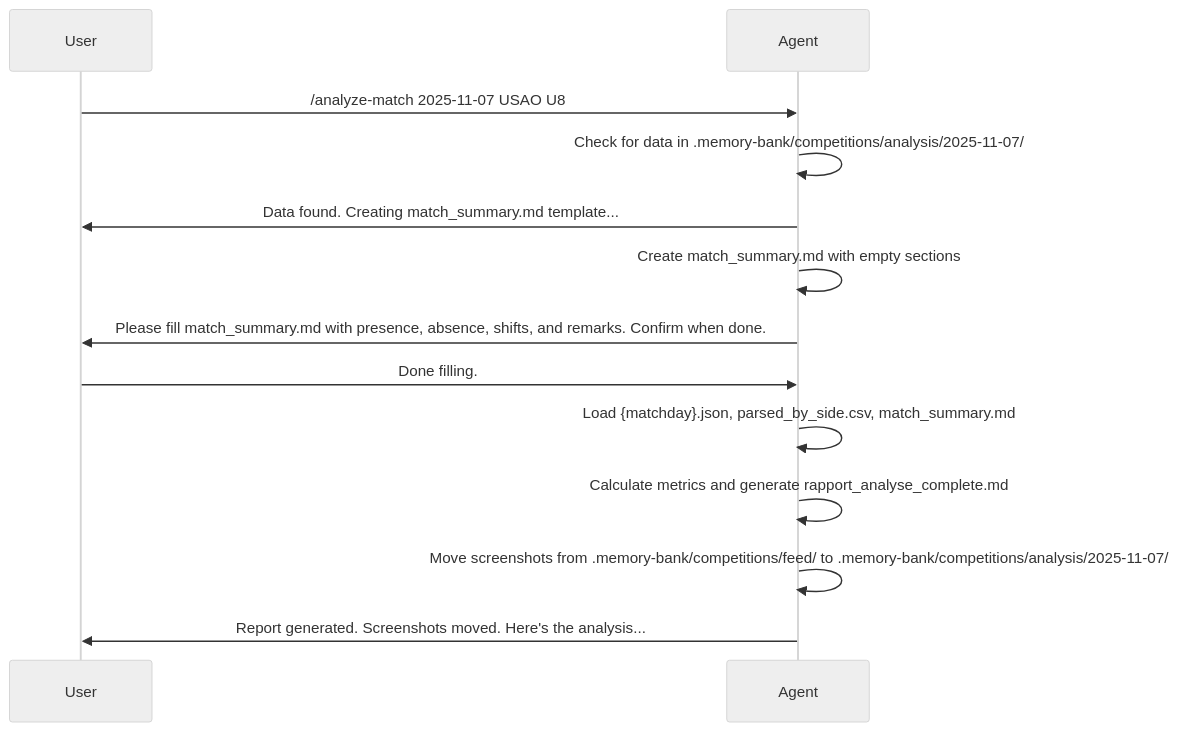
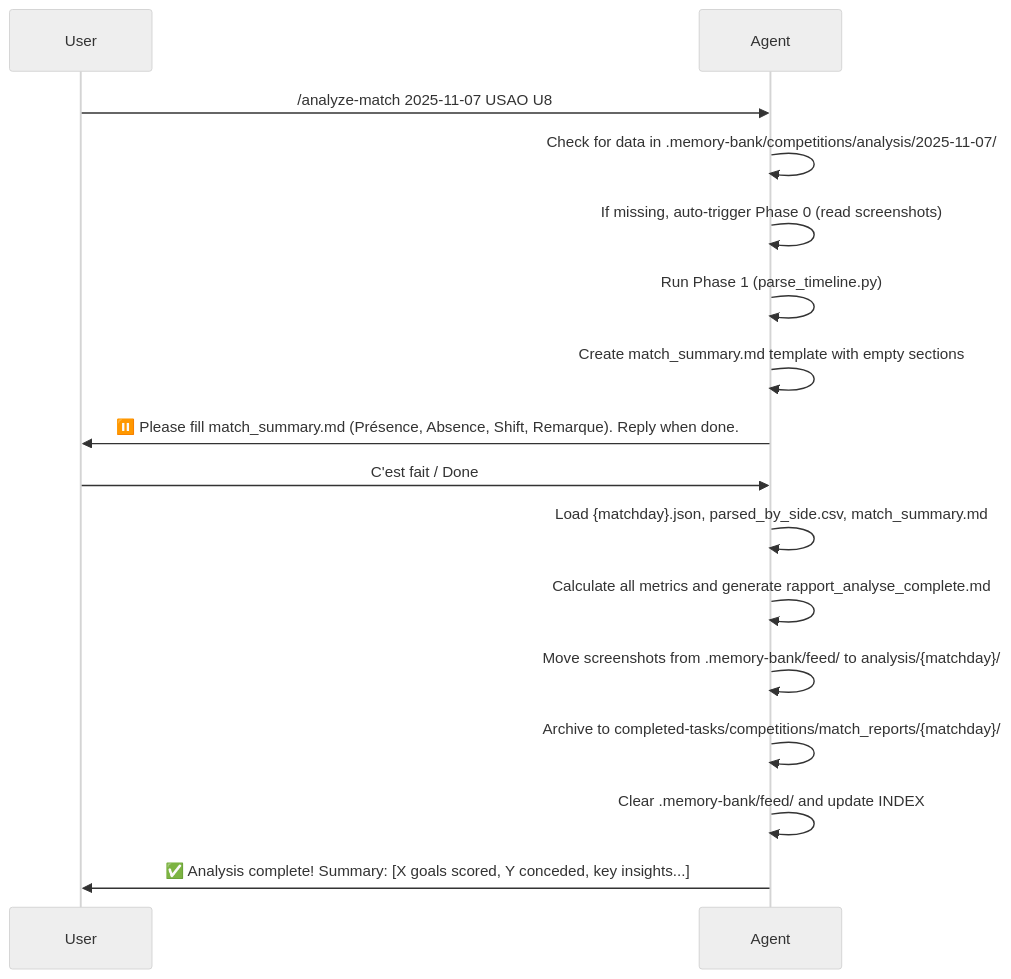
The third of 3 diagrams in .github/chatmodes/performance-analysis.chatmode.md (andreaWauhtia/coach-assistant), drawn with Mermaid (neutral theme) before and after one commit. The commit also changed other lines of this file and 5 other files, not shown here.

````diff
--- a/.github/chatmodes/performance-analysis.chatmode.md
+++ b/.github/chatmodes/performance-analysis.chatmode.md
@@ -60,16 +85,19 @@
 ```mermaid
 sequenceDiagram
     participant U as User
     participant A as Agent
 
     U->>A: /analyze-match 2025-11-07 USAO U8
     A->>A: Check for data in .memory-bank/competitions/analysis/2025-11-07/
-    A->>U: Data found. Creating match_summary.md template...
-    A->>A: Create match_summary.md with empty sections
-    A->>U: Please fill match_summary.md with presence, absence, shifts, and remarks. Confirm when done.
-    U->>A: Done filling.
+    A->>A: If missing, auto-trigger Phase 0 (read screenshots)
+    A->>A: Run Phase 1 (parse_timeline.py)
+    A->>A: Create match_summary.md template with empty sections
+    A->>U: ⏸️ Please fill match_summary.md (Présence, Absence, Shift, Remarque). Reply when done.
+    U->>A: C'est fait / Done
     A->>A: Load {matchday}.json, parsed_by_side.csv, match_summary.md
-    A->>A: Calculate metrics and generate rapport_analyse_complete.md
-    A->>A: Move screenshots from .memory-bank/competitions/feed/ to .memory-bank/competitions/analysis/2025-11-07/
-    A->>U: Report generated. Screenshots moved. Here's the analysis...
+    A->>A: Calculate all metrics and generate rapport_analyse_complete.md
+    A->>A: Move screenshots from .memory-bank/feed/ to analysis/{matchday}/
+    A->>A: Archive to completed-tasks/competitions/match_reports/{matchday}/
+    A->>A: Clear .memory-bank/feed/ and update INDEX
+    A->>U: ✅ Analysis complete! Summary: [X goals scored, Y conceded, key insights...]
 ```
````
